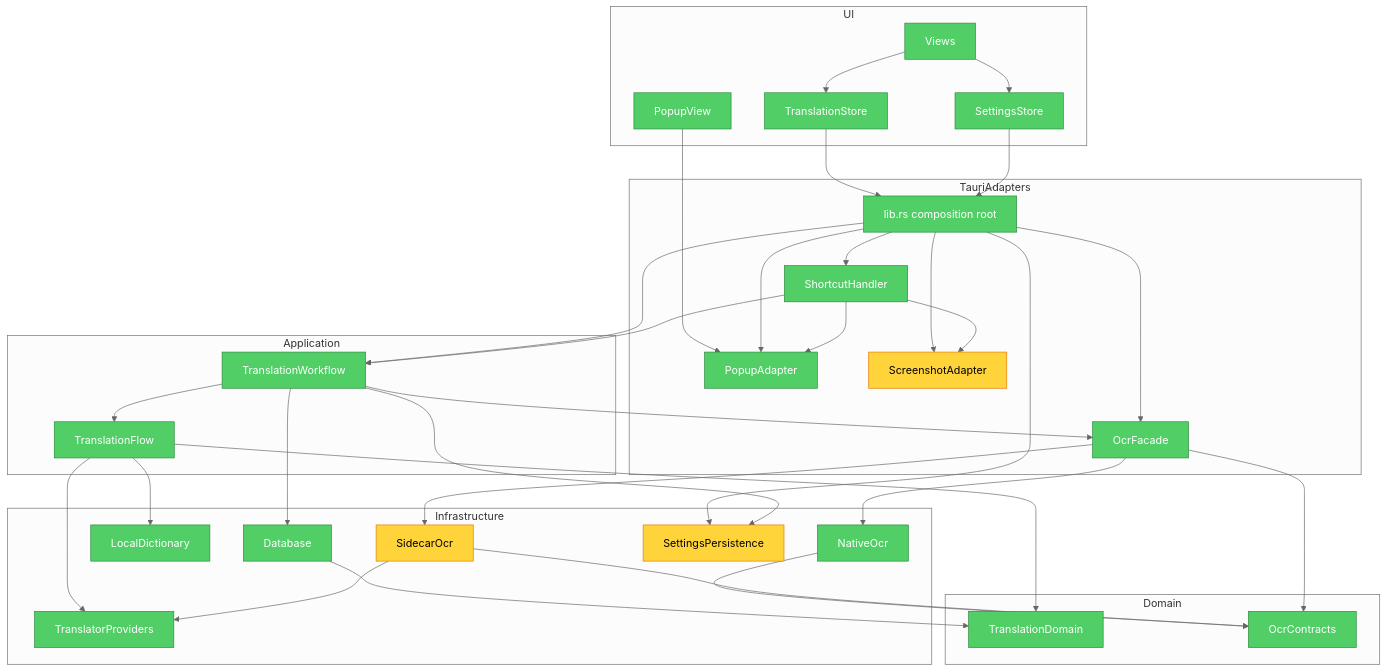
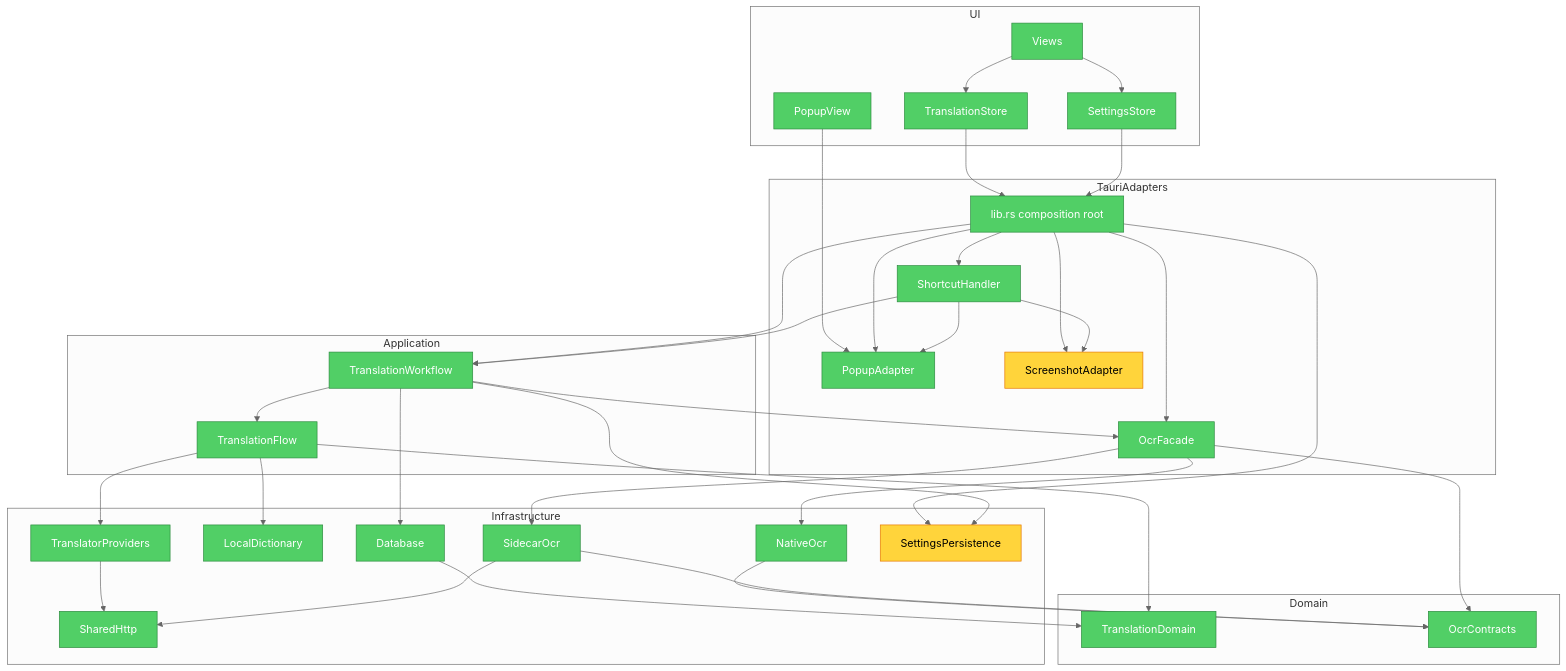
Before and after one commit to inorilzy/Translationrecordingtool: the diagram in .scratch/architecture-boundary-remediation/audit-after.md, drawn with Mermaid (neutral theme). The commit also changed other lines of this file and 29 other files, not shown here.

Commit message:
fix architecture remediation integration gaps

````diff
--- a/.scratch/architecture-boundary-remediation/audit-after.md
+++ b/.scratch/architecture-boundary-remediation/audit-after.md
@@ -14,72 +14,74 @@
 ```mermaid
 graph TD
   subgraph UI
     Views
     TranslationStore
     SettingsStore
     PopupView
   end
 
   subgraph TauriAdapters
     CompositionRoot["lib.rs composition root"]
     ShortcutHandler
     PopupAdapter
     ScreenshotAdapter
     OcrFacade
   end
 
   subgraph Application
     TranslationWorkflow
     TranslationFlow
   end
 
   subgraph Domain
     TranslationDomain
     OcrContracts
   end
 
   subgraph Infrastructure
     Database
     LocalDictionary
     TranslatorProviders
     NativeOcr
     SidecarOcr
+    SharedHttp
     SettingsPersistence
   end
 
   Views --> TranslationStore
   Views --> SettingsStore
   TranslationStore --> CompositionRoot
   SettingsStore --> CompositionRoot
   PopupView --> PopupAdapter
   CompositionRoot --> TranslationWorkflow
   CompositionRoot --> OcrFacade
   CompositionRoot --> SettingsPersistence
   CompositionRoot --> ShortcutHandler
   CompositionRoot --> PopupAdapter
   CompositionRoot --> ScreenshotAdapter
   ShortcutHandler --> TranslationWorkflow
   ShortcutHandler --> PopupAdapter
   ShortcutHandler --> ScreenshotAdapter
   TranslationWorkflow --> TranslationFlow
   TranslationWorkflow --> Database
   TranslationWorkflow --> OcrFacade
   TranslationWorkflow --> SettingsPersistence
   TranslationFlow --> TranslationDomain
   TranslationFlow --> LocalDictionary
   TranslationFlow --> TranslatorProviders
+  TranslatorProviders --> SharedHttp
   Database --> TranslationDomain
   OcrFacade --> OcrContracts
   OcrFacade --> NativeOcr
   OcrFacade --> SidecarOcr
   NativeOcr --> OcrContracts
   SidecarOcr --> OcrContracts
-  SidecarOcr --> TranslatorProviders
+  SidecarOcr --> SharedHttp
 
   classDef critical fill:#ff6b6b,stroke:#c92a2a,color:#fff
   classDef warning fill:#ffd43b,stroke:#e67700
   classDef clean fill:#51cf66,stroke:#2b8a3e,color:#fff
 
-  class ScreenshotAdapter,SidecarOcr,SettingsPersistence warning
-  class Views,TranslationStore,SettingsStore,PopupView,CompositionRoot,ShortcutHandler,PopupAdapter,OcrFacade,TranslationWorkflow,TranslationFlow,TranslationDomain,OcrContracts,Database,LocalDictionary,TranslatorProviders,NativeOcr clean
+  class ScreenshotAdapter,SettingsPersistence warning
+  class Views,TranslationStore,SettingsStore,PopupView,CompositionRoot,ShortcutHandler,PopupAdapter,OcrFacade,TranslationWorkflow,TranslationFlow,TranslationDomain,OcrContracts,Database,LocalDictionary,TranslatorProviders,NativeOcr,SidecarOcr,SharedHttp clean
 ```
````
